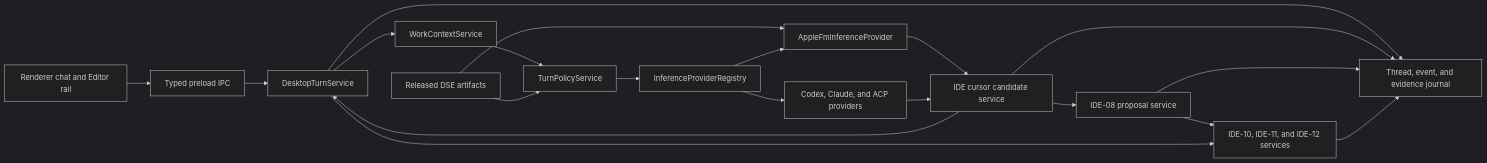
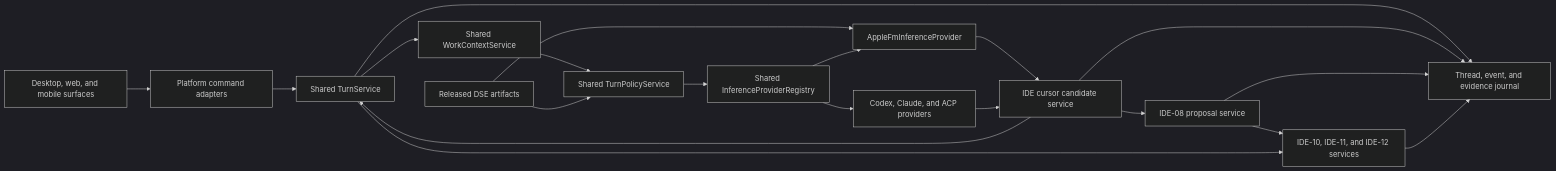
One commit to OpenAgentsInc/openagents changed the second of 2 diagrams in docs/sol/2026-07-20-apple-fm-router-to-full-agent-system-plan.md. Above: the diagram before and after it, drawn with Mermaid (dark theme). The commit also changed other lines of this file and 2 other files, not shown here.

````diff
--- a/docs/sol/2026-07-20-apple-fm-router-to-full-agent-system-plan.md
+++ b/docs/sol/2026-07-20-apple-fm-router-to-full-agent-system-plan.md
@@ -291,36 +516,36 @@
 ```mermaid
 flowchart LR
-  UI["Renderer chat and Editor rail"]
-  IPC["Typed preload IPC"]
-  Turn["DesktopTurnService"]
-  Context["WorkContextService"]
-  Policy["TurnPolicyService"]
-  Registry["InferenceProviderRegistry"]
+  UI["Desktop, web, and mobile surfaces"]
+  Adapter["Platform command adapters"]
+  Turn["Shared TurnService"]
+  Context["Shared WorkContextService"]
+  Policy["Shared TurnPolicyService"]
+  Registry["Shared InferenceProviderRegistry"]
   Apple["AppleFmInferenceProvider"]
   Remote["Codex, Claude, and ACP providers"]
   Cursor["IDE cursor candidate service"]
   Proposal["IDE-08 proposal service"]
   Action["IDE-10, IDE-11, and IDE-12 services"]
   DSE["Released DSE artifacts"]
   Journal["Thread, event, and evidence journal"]
 
-  UI --> IPC
-  IPC --> Turn
+  UI --> Adapter
+  Adapter --> Turn
   Turn --> Context
   Context --> Policy
   Policy --> Registry
   DSE --> Policy
   DSE --> Apple
   Registry --> Apple
   Registry --> Remote
   Apple --> Cursor
   Remote --> Cursor
   Cursor --> Proposal
   Cursor --> Turn
   Proposal --> Action
   Turn --> Action
   Turn --> Journal
   Cursor --> Journal
   Proposal --> Journal
   Action --> Journal
 ```
````
